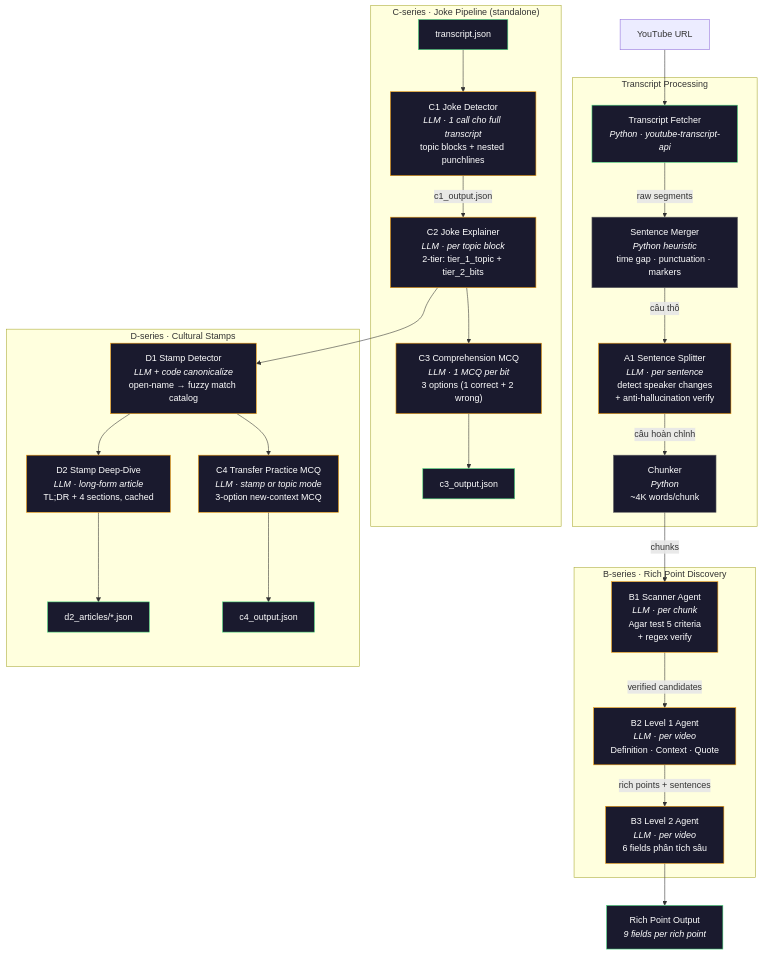
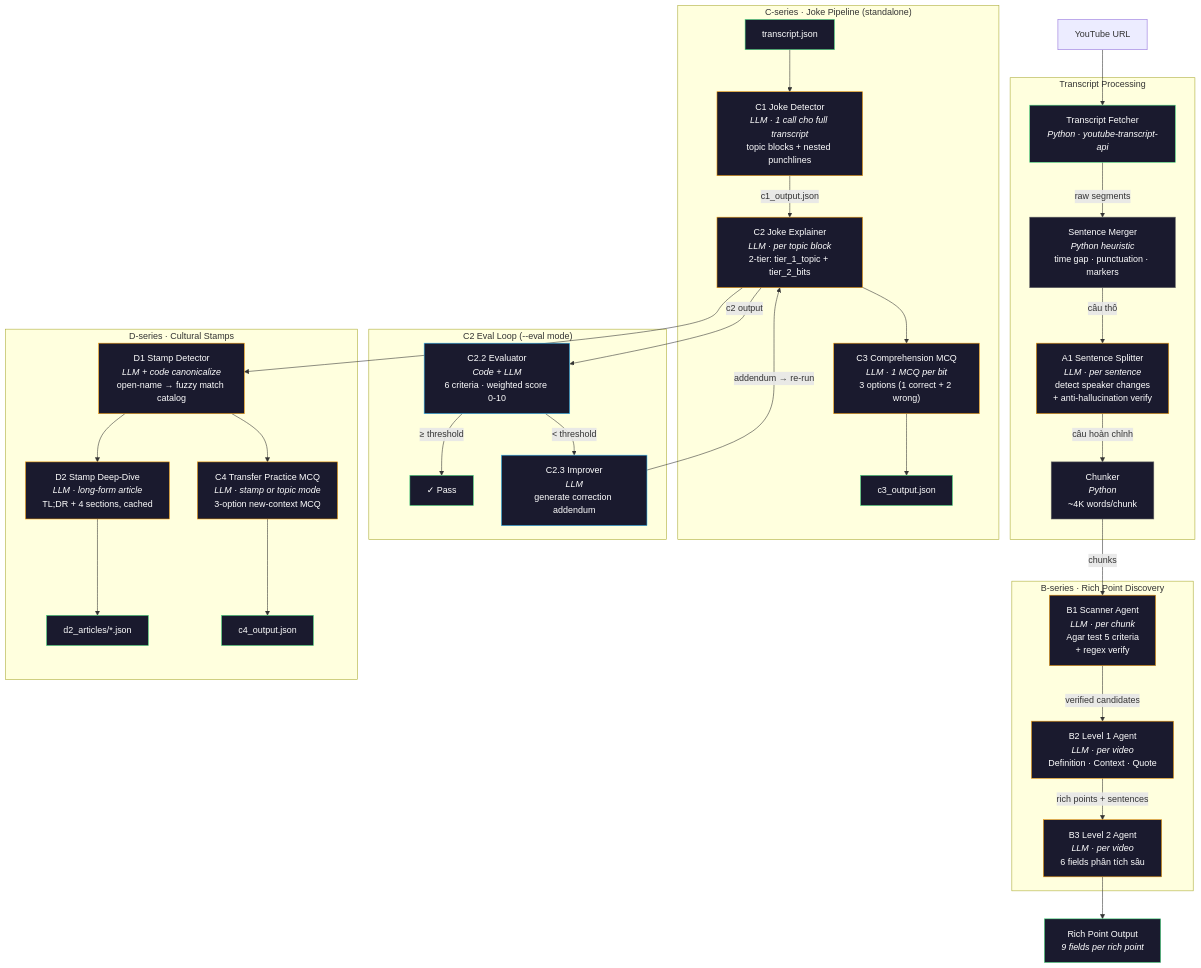
The diagram in readme.md (vietbach178-vn/ViVii-Agents), drawn with Mermaid before and after one commit. The commit also changed other lines of this file and 6 other files, not shown here.

````diff
--- a/readme.md
+++ b/readme.md
@@ -9,53 +9,63 @@
 ```mermaid
 flowchart TD
     A["YouTube URL"] --> B
 
     subgraph Transcript Processing
         B["Transcript Fetcher\n<i>Python · youtube-transcript-api</i>"]
         B -->|raw segments| C["Sentence Merger\n<i>Python heuristic</i>\ntime gap · punctuation · markers"]
         C -->|câu thô| D["A1 Sentence Splitter\n<i>LLM · per sentence</i>\ndetect speaker changes\n+ anti-hallucination verify"]
         D -->|câu hoàn chỉnh| E["Chunker\n<i>Python</i>\n~4K words/chunk"]
     end
 
     subgraph "B-series · Rich Point Discovery"
         E -->|chunks| F["B1 Scanner Agent\n<i>LLM · per chunk</i>\nAgar test 5 criteria\n+ regex verify"]
         F -->|verified candidates| G["B2 Level 1 Agent\n<i>LLM · per video</i>\nDefinition · Context · Quote"]
         G -->|rich points + sentences| H["B3 Level 2 Agent\n<i>LLM · per video</i>\n6 fields phân tích sâu"]
     end
 
     H --> J["Rich Point Output\n<i>9 fields per rich point</i>"]
 
     subgraph "C-series · Joke Pipeline (standalone)"
         T["transcript.json"] --> C1["C1 Joke Detector\n<i>LLM · 1 call cho full transcript</i>\ntopic blocks + nested punchlines"]
         C1 -->|c1_output.json| C2["C2 Joke Explainer\n<i>LLM · per topic block</i>\n2-tier: tier_1_topic + tier_2_bits"]
         C2 --> C3["C3 Comprehension MCQ\n<i>LLM · 1 MCQ per bit</i>\n3 options (1 correct + 2 wrong)"]
         C3 --> C4A["c3_output.json"]
     end
 
+    subgraph "C2 Eval Loop (--eval mode)"
+        C2 -->|c2 output| C22["C2.2 Evaluator\n<i>Code + LLM</i>\n6 criteria · weighted score 0-10"]
+        C22 -->|"≥ threshold"| PASS["✓ Pass"]
+        C22 -->|"< threshold"| C23["C2.3 Improver\n<i>LLM</i>\ngenerate correction addendum"]
+        C23 -->|"addendum → re-run"| C2
+    end
+
     subgraph "D-series · Cultural Stamps"
         C2 --> D1["D1 Stamp Detector\n<i>LLM + code canonicalize</i>\nopen-name → fuzzy match catalog"]
         D1 --> D2["D2 Stamp Deep-Dive\n<i>LLM · long-form article</i>\nTL;DR + 4 sections, cached"]
         D1 --> C4["C4 Transfer Practice MCQ\n<i>LLM · stamp or topic mode</i>\n3-option new-context MCQ"]
         D2 --> D2A["d2_articles/*.json"]
         C4 --> C4B["c4_output.json"]
     end
 
     style B fill:#1a1a2e,stroke:#4ade80,color:#fff
     style C fill:#1a1a2e,stroke:#666,color:#fff
     style D fill:#1a1a2e,stroke:#f59e0b,color:#fff
     style E fill:#1a1a2e,stroke:#666,color:#fff
     style F fill:#1a1a2e,stroke:#f59e0b,color:#fff
     style G fill:#1a1a2e,stroke:#f59e0b,color:#fff
     style H fill:#1a1a2e,stroke:#f59e0b,color:#fff
     style J fill:#1a1a2e,stroke:#4ade80,color:#fff
     style T fill:#1a1a2e,stroke:#4ade80,color:#fff
     style C1 fill:#1a1a2e,stroke:#f59e0b,color:#fff
     style C2 fill:#1a1a2e,stroke:#f59e0b,color:#fff
+    style C22 fill:#1a1a2e,stroke:#38bdf8,color:#fff
+    style C23 fill:#1a1a2e,stroke:#38bdf8,color:#fff
+    style PASS fill:#1a1a2e,stroke:#4ade80,color:#fff
     style C3 fill:#1a1a2e,stroke:#f59e0b,color:#fff
     style C4 fill:#1a1a2e,stroke:#f59e0b,color:#fff
     style C4A fill:#1a1a2e,stroke:#4ade80,color:#fff
     style C4B fill:#1a1a2e,stroke:#4ade80,color:#fff
     style D1 fill:#1a1a2e,stroke:#f59e0b,color:#fff
     style D2 fill:#1a1a2e,stroke:#f59e0b,color:#fff
     style D2A fill:#1a1a2e,stroke:#4ade80,color:#fff
 ```
````
